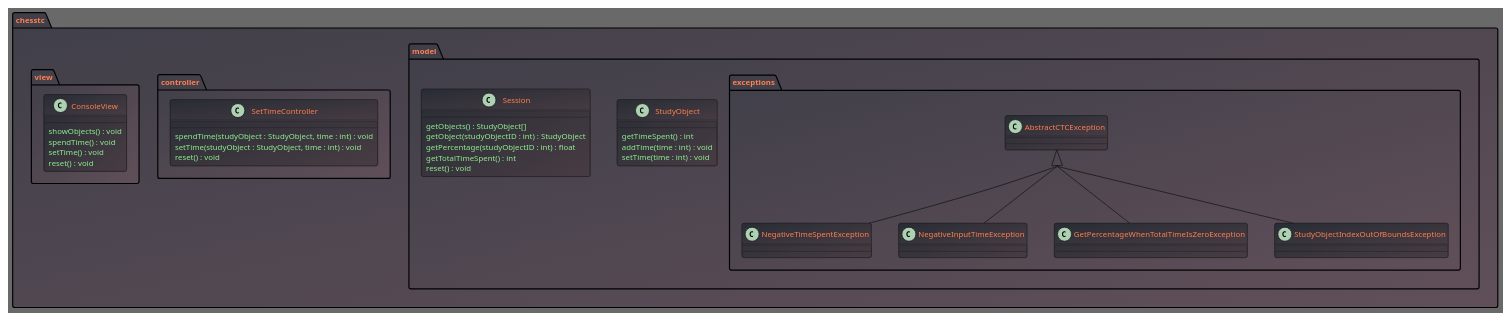
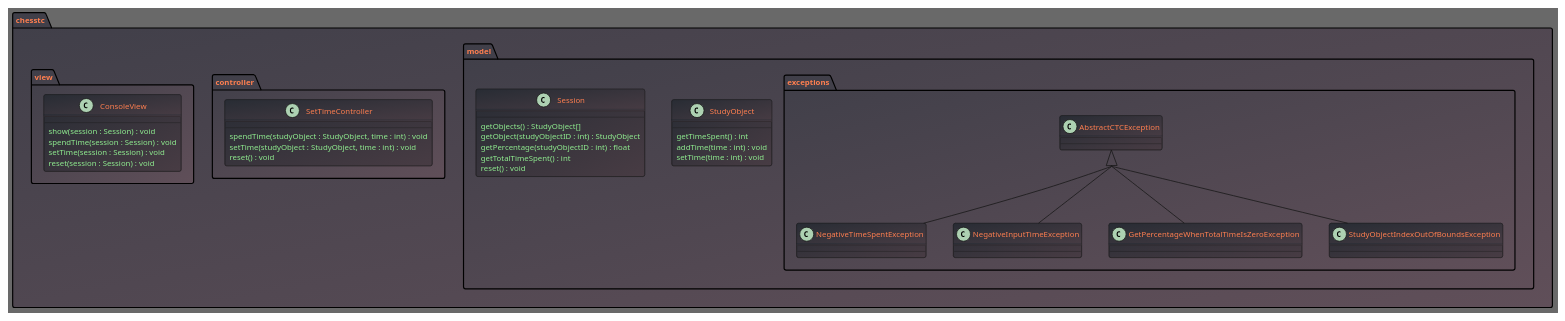
The diagram in ctc.puml (Sttanyanz/chess-training-control), drawn with PlantUML before and after one commit.

Commit message:
docs: small changes

```diff
--- a/ctc.puml
+++ b/ctc.puml
@@ -1,64 +1,64 @@
 @startuml
 skinparam defaultFontSize 10
 skinparam BackgroundColor DimGray
 skinparam ClassAttributeFontColor LightGreen
 skinparam PackageFontColor coral
 skinparam ClassFontColor coral
 skinparam package {
 BackgroundColor #403F49/#604F59
 }
 skinparam class {
 BackgroundColor #282C34/#483C44
 }
 skinparam groupInheritance 4
 
 package chesstc {
     package model {
         package exceptions {
             class AbstractCTCException
             class NegativeTimeSpentException
             class NegativeInputTimeException
             class GetPercentageWhenTotalTimeIsZeroException
             class StudyObjectIndexOutOfBoundsException
 
             AbstractCTCException <|-- NegativeInputTimeException
             AbstractCTCException <|-- NegativeTimeSpentException
             AbstractCTCException <|-- GetPercentageWhenTotalTimeIsZeroException
             AbstractCTCException <|-- StudyObjectIndexOutOfBoundsException
         }
 
         class StudyObject {
             getTimeSpent() : int
             addTime(time : int) : void
             setTime(time : int) : void
         }
 
         class Session {
             getObjects() : StudyObject[]
             getObject(studyObjectID : int) : StudyObject
             getPercentage(studyObjectID : int) : float
             getTotalTimeSpent() : int
             reset() : void
         }
 
     }
 
     package controller {
         class SetTimeController {
             spendTime(studyObject : StudyObject, time : int) : void
             setTime(studyObject : StudyObject, time : int) : void
             reset() : void
         }
     }
 
     package view {
         class ConsoleView {
-            showObjects() : void
-            spendTime() : void
-            setTime() : void
-            reset() : void
+            show(session : Session) : void
+            spendTime(session : Session) : void
+            setTime(session : Session) : void
+            reset(session : Session) : void
         }
     }
 }
 
 @enduml
```
